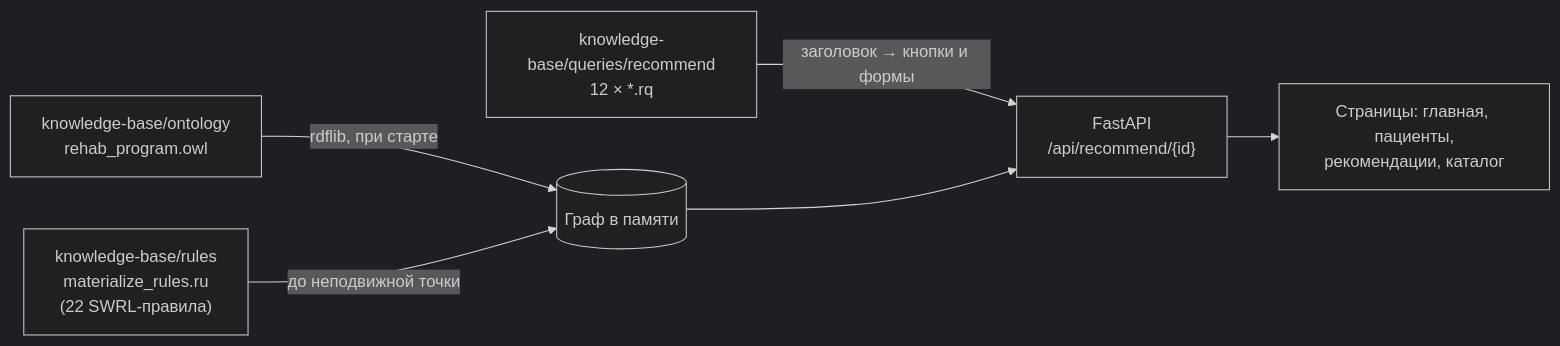
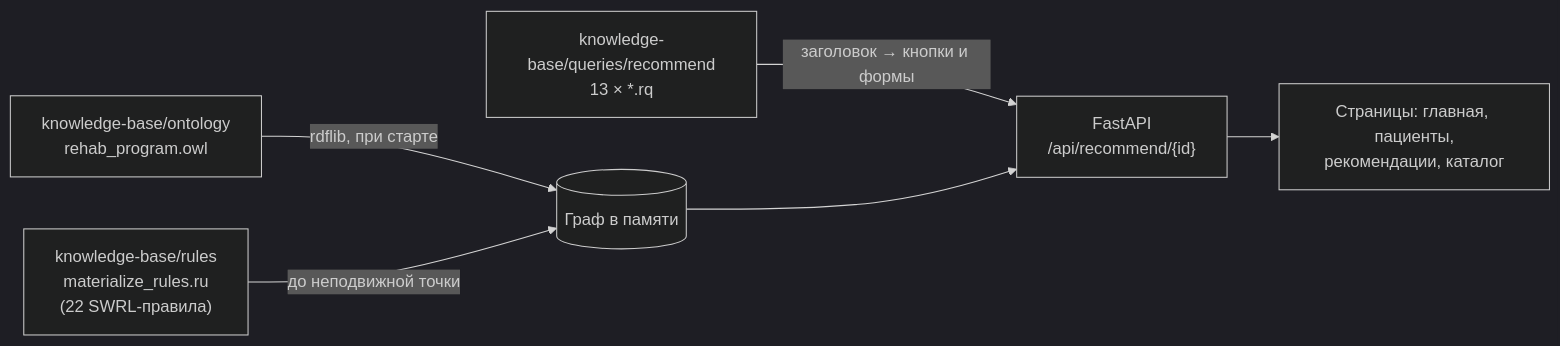
The diagram in README.md (Uscera-Liberty/Prolog-App), drawn with Mermaid (dark theme) before and after one commit. The commit also changed other lines of this file and 13 other files, not shown here.

````diff
--- a/README.md
+++ b/README.md
@@ -60,8 +65,8 @@
 ```mermaid
 flowchart LR
     OWL["knowledge-base/ontology<br/>rehab_program.owl"] -->|rdflib, при старте| G[(Граф в памяти)]
     RULES["knowledge-base/rules<br/>materialize_rules.ru<br/>(22 SWRL-правила)"] -->|до неподвижной точки| G
-    RQ["knowledge-base/queries/recommend<br/>12 × *.rq"] -->|заголовок → кнопки и формы| API
+    RQ["knowledge-base/queries/recommend<br/>13 × *.rq"] -->|заголовок → кнопки и формы| API
     G --> API["FastAPI<br/>/api/recommend/{id}"]
     API --> UI["Страницы: главная, пациенты,<br/>рекомендации, каталог"]
 ```
````
